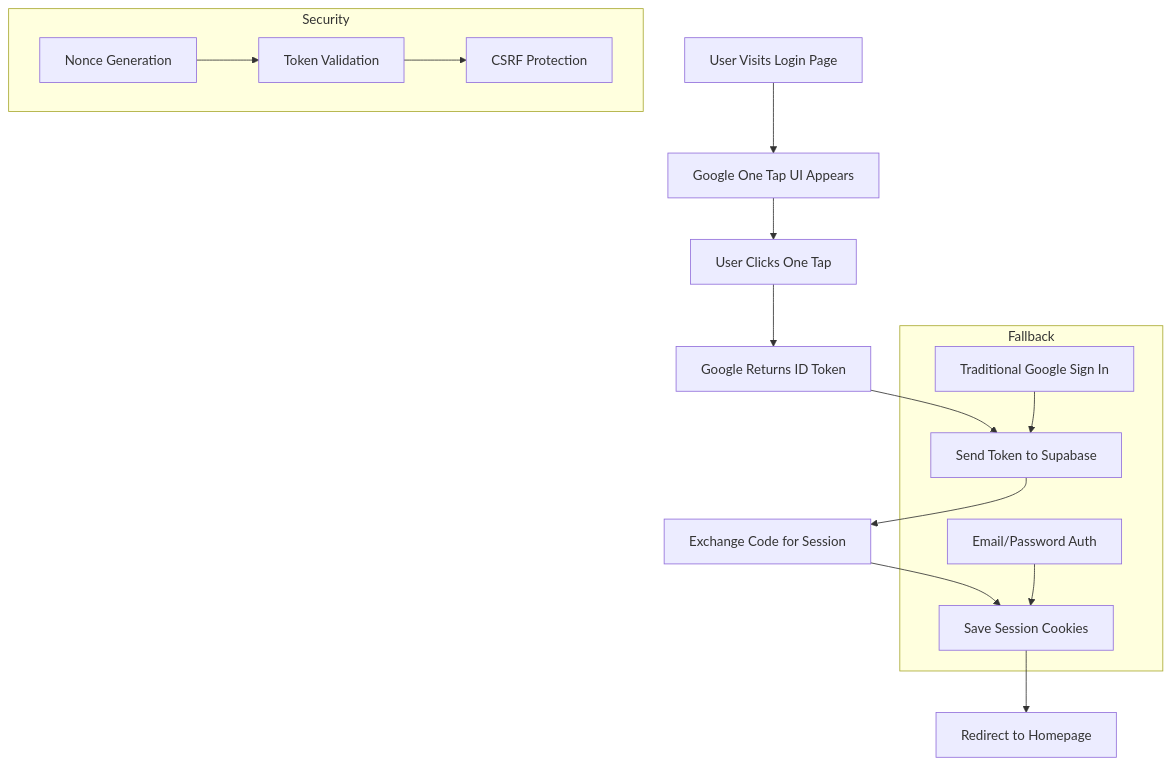
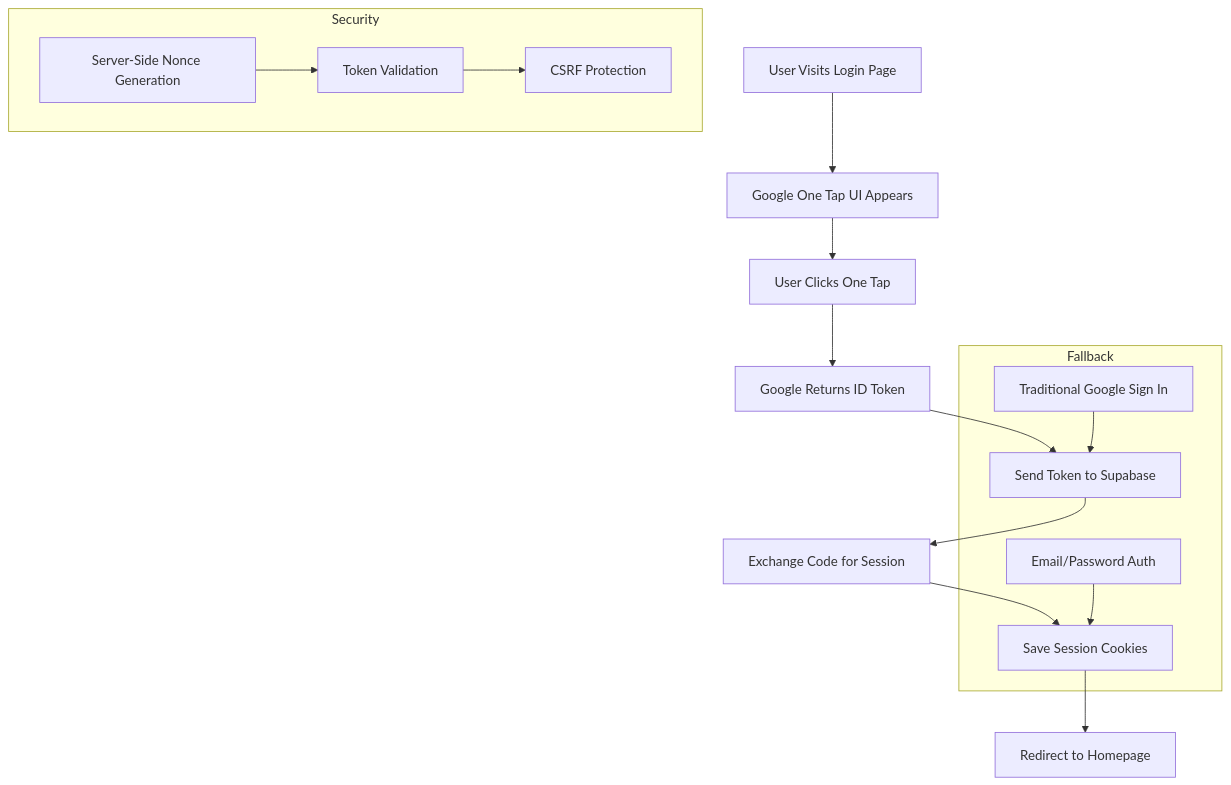
One commit to troyharris/snowsparrow changed the second of 2 diagrams in cline_docs/systemPatterns.md. Above: the diagram before and after it, drawn with Mermaid. The commit also changed other lines of this file and 27 other files, not shown here.

````diff
--- a/cline_docs/systemPatterns.md
+++ b/cline_docs/systemPatterns.md
@@ -117,24 +120,24 @@
 ```mermaid
 flowchart TD
     A[User Visits Login Page] --> B[Google One Tap UI Appears]
     B --> C[User Clicks One Tap]
     C --> D[Google Returns ID Token]
     D --> E[Send Token to Supabase]
     E --> F[Exchange Code for Session]
     F --> G[Save Session Cookies]
     G --> H[Redirect to Homepage]
 
     subgraph Security
-        N1[Nonce Generation]
+        N1[Server-Side Nonce Generation]
         N2[Token Validation]
         N3[CSRF Protection]
         N1 --> N2 --> N3
     end
 
     subgraph Fallback
         F1[Traditional Google Sign In]
         F2[Email/Password Auth]
         F1 --> E
         F2 --> G
     end
 ```
````
